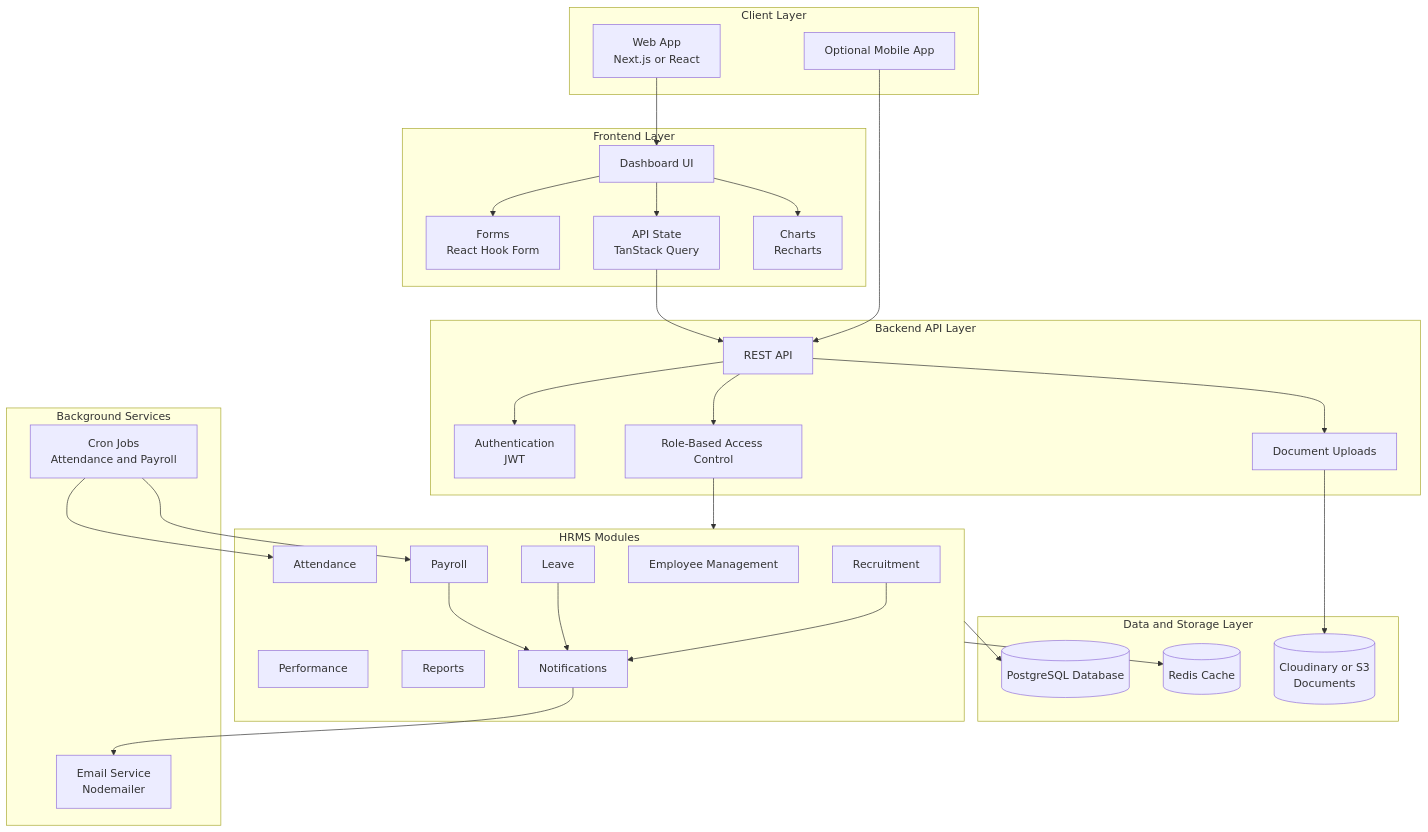
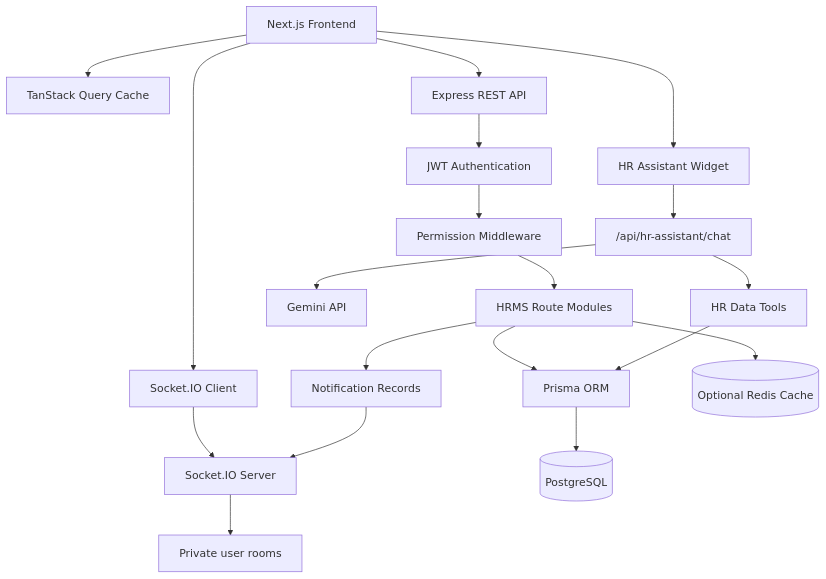
The diagram in plan.md (learninghub44/chris-tech-hrms), drawn with Mermaid before and after one commit. The commit also changed other lines of this file and 59 other files, not shown here.

Commit message:
Real-time notifications via WebSocket & HR assistant chatbot features

````diff
--- a/plan.md
+++ b/plan.md
@@ -60,66 +61,27 @@
 ```mermaid
 flowchart TD
-    subgraph Client["Client Layer"]
-        Web["Web App\nNext.js or React"]
-        Mobile["Optional Mobile App"]
-    end
+    Web["Next.js Frontend"] --> Query["TanStack Query Cache"]
+    Web --> Api["Express REST API"]
+    Web --> Socket["Socket.IO Client"]
+    Web --> Assistant["HR Assistant Widget"]
 
-    subgraph Frontend["Frontend Layer"]
-        UI["Dashboard UI"]
-        Forms["Forms\nReact Hook Form"]
-        State["API State\nTanStack Query"]
-        Charts["Charts\nRecharts"]
-    end
+    Api --> Auth["JWT Authentication"]
+    Auth --> RBAC["Permission Middleware"]
+    RBAC --> Modules["HRMS Route Modules"]
 
-    subgraph Backend["Backend API Layer"]
-        API["REST API"]
-        Auth["Authentication\nJWT"]
-        RBAC["Role-Based Access Control"]
-        Uploads["Document Uploads"]
-    end
+    Socket --> SocketServer["Socket.IO Server"]
+    SocketServer --> Rooms["Private user rooms"]
 
-    subgraph Modules["HRMS Modules"]
-        Employees["Employee Management"]
-        Attendance["Attendance"]
-        Leave["Leave"]
-        Payroll["Payroll"]
-        Recruitment["Recruitment"]
-        Performance["Performance"]
-        Reports["Reports"]
-        Notifications["Notifications"]
-    end
+    Assistant --> AssistantApi["/api/hr-assistant/chat"]
+    AssistantApi --> Gemini["Gemini API"]
+    AssistantApi --> Tools["HR Data Tools"]
 
-    subgraph Data["Data and Storage Layer"]
-        DB[("PostgreSQL Database")]
-        Cache[("Redis Cache")]
-        Files[("Cloudinary or S3\nDocuments")]
-    end
+    Modules --> Prisma["Prisma ORM"]
+    Tools --> Prisma
+    Prisma --> Postgres[("PostgreSQL")]
 
-    subgraph Background["Background Services"]
-        Jobs["Cron Jobs\nAttendance and Payroll"]
-        Email["Email Service\nNodemailer"]
-    end
+    Modules --> Notify["Notification Records"]
+    Notify --> SocketServer
 
-    Web --> UI
-    Mobile --> API
-    UI --> Forms
-    UI --> State
-    UI --> Charts
-    State --> API
-
-    API --> Auth
-    API --> RBAC
-    API --> Uploads
-    RBAC --> Modules
-
-    Modules --> DB
-    Modules --> Cache
-    Uploads --> Files
-
-    Jobs --> Attendance
-    Jobs --> Payroll
-    Notifications --> Email
-    Leave --> Notifications
-    Payroll --> Notifications
-    Recruitment --> Notifications
+    Modules --> Redis[("Optional Redis Cache")]
 ```
````
